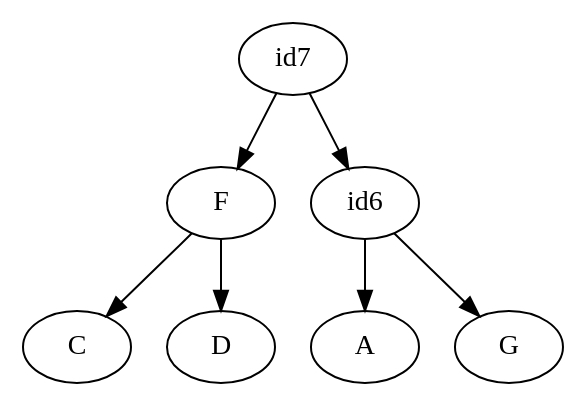
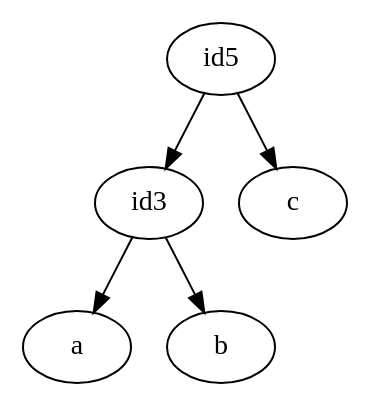
Before and after one commit to iharnoor/PhylogeneticsWebsite: the diagram in ParsingTxt/Launcher/upload.dot, drawn with Graphviz. The commit also changed 17 other files, not shown here.

```diff
--- a/ParsingTxt/Launcher/upload.dot
+++ b/ParsingTxt/Launcher/upload.dot
@@ -1,8 +1,6 @@
 digraph G {
-F ->  C
-F ->  D
-id7 ->  F
-id6 ->  A
-id6 ->  G
-id7 ->  id6
+id3 ->  a
+id3 ->  b
+id5 ->  id3
+id5 ->  c
 }
```
